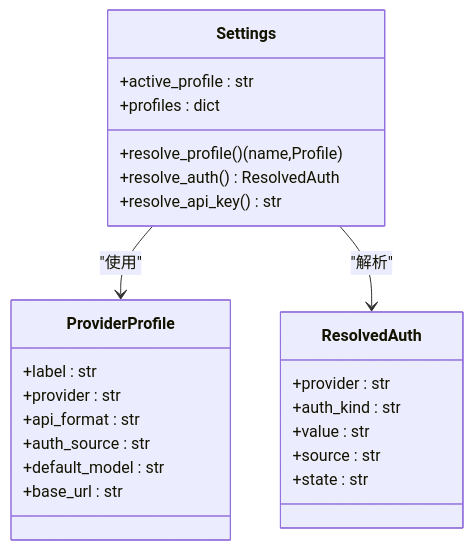
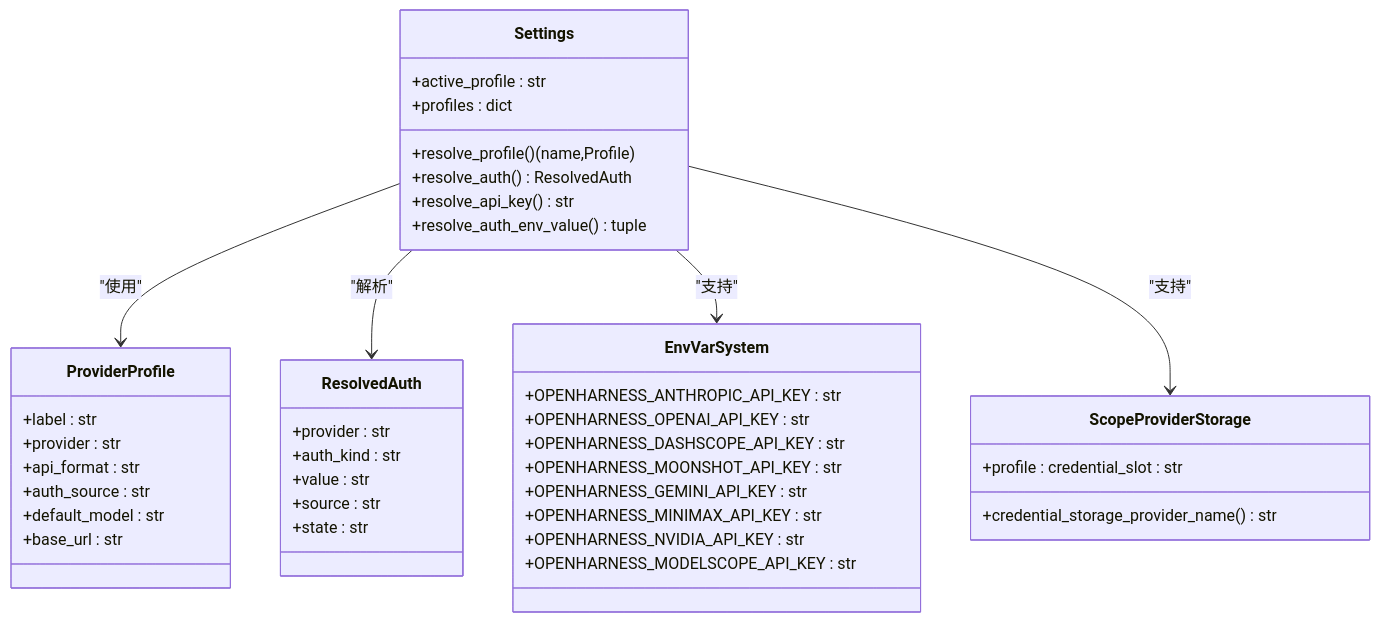
The seventh of 8 diagrams in .qoder/repowiki/zh/content/AI 提供商集成/认证管理.md (haolange/OpenHarness), drawn with Mermaid before and after one commit. The commit also changed other lines of this file and 5 other files, not shown here.

````diff
--- a/.qoder/repowiki/zh/content/AI 提供商集成/认证管理.md
+++ b/.qoder/repowiki/zh/content/AI 提供商集成/认证管理.md
@@ -273,27 +316,44 @@
 ```mermaid
 classDiagram
 class Settings {
 +active_profile : str
 +profiles : dict
 +resolve_profile() (name,Profile)
 +resolve_auth() ResolvedAuth
 +resolve_api_key() str
++resolve_auth_env_value() tuple
 }
 class ProviderProfile {
 +label : str
 +provider : str
 +api_format : str
 +auth_source : str
 +default_model : str
 +base_url : str
 }
 class ResolvedAuth {
 +provider : str
 +auth_kind : str
 +value : str
 +source : str
 +state : str
 }
+class EnvVarSystem {
++OPENHARNESS_ANTHROPIC_API_KEY : str
++OPENHARNESS_OPENAI_API_KEY : str
++OPENHARNESS_DASHSCOPE_API_KEY : str
++OPENHARNESS_MOONSHOT_API_KEY : str
++OPENHARNESS_GEMINI_API_KEY : str
++OPENHARNESS_MINIMAX_API_KEY : str
++OPENHARNESS_NVIDIA_API_KEY : str
++OPENHARNESS_MODELSCOPE_API_KEY : str
+}
+class ScopeProviderStorage {
++profile : credential_slot : str
++credential_storage_provider_name() str
+}
 Settings --> ProviderProfile : "使用"
 Settings --> ResolvedAuth : "解析"
+Settings --> EnvVarSystem : "支持"
+Settings --> ScopeProviderStorage : "支持"
 ```
````
